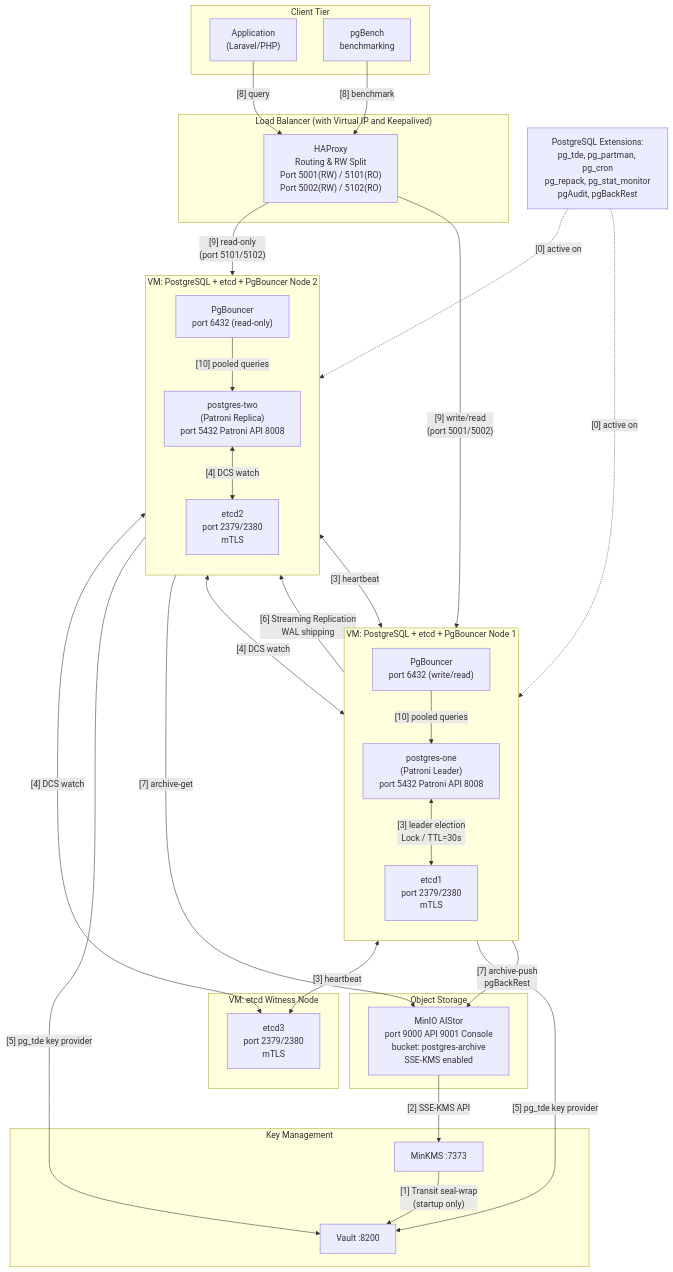
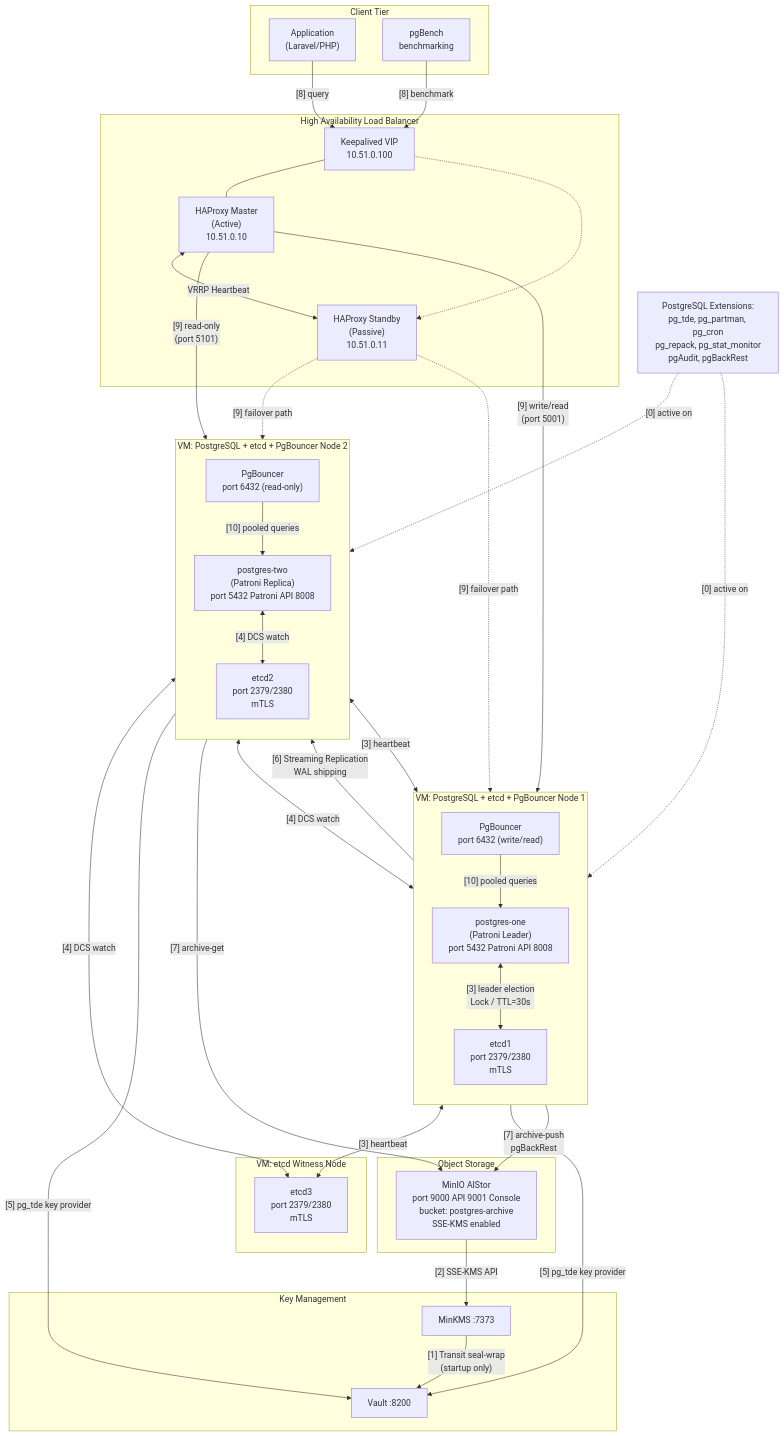
Before and after one commit to xdenistwn/patroni-postgres-tde: the diagram in docs/README.md, drawn with Mermaid. The commit also changed other lines of this file and 17 other files, not shown here.

Commit message:
feat: implement HAProxy high availability with Keepalived VIP and updated deployment orchestration

````diff
--- a/docs/README.md
+++ b/docs/README.md
@@ -9,68 +9,79 @@
 ```mermaid
 graph TD
     subgraph "Client Tier"
         APP["Application\n(Laravel/PHP)"]
         BENCH["pgBench\nbenchmarking"]
     end
 
-    subgraph "Load Balancer (with Virtual IP and Keepalived)"
-        HAPROXY["HAProxy\nRouting & RW Split\nPort 5001(RW) / 5101(RO)\nPort 5002(RW) / 5102(RO)"]
+    subgraph "High Availability Load Balancer"
+        VIP["Keepalived VIP\n10.51.0.100"]
+        HAM["HAProxy Master\n(Active)\n10.51.0.10"]
+        HAS["HAProxy Standby\n(Passive)\n10.51.0.11"]
+        
+        VIP --- HAM
+        VIP -.-> HAS
+        HAM <-->|"VRRP Heartbeat"| HAS
     end
 
     subgraph "VM: PostgreSQL + etcd + PgBouncer Node 1"
         direction TB
         PGB1["PgBouncer\nport 6432  (write/read)"]
         PG1["postgres-one\n(Patroni Leader)\nport 5432  Patroni API 8008"]
         E1["etcd1\nport 2379/2380\nmTLS"]
     end
 
     subgraph "VM: PostgreSQL + etcd + PgBouncer Node 2"
         direction TB
         PGB2["PgBouncer\nport 6432  (read-only)"]
         PG2["postgres-two\n(Patroni Replica)\nport 5432  Patroni API 8008"]
         E2["etcd2\nport 2379/2380\nmTLS"]
     end
 
     subgraph "VM: etcd Witness Node"
         E3["etcd3\nport 2379/2380\nmTLS"]
     end
 
     PG1 -- "[6] Streaming Replication\nWAL shipping" --> PG2
 
     subgraph "Key Management"
         VAULT["Vault :8200"]
         MINKMS["MinKMS :7373"]
     end
 
     subgraph "Object Storage"
         MINIO["MinIO AIStor\nport 9000 API  9001 Console\nbucket: postgres-archive\nSSE-KMS enabled"]
     end
 
     EXT["PostgreSQL Extensions:\npg_tde, pg_partman, pg_cron\npg_repack, pg_stat_monitor\npgAudit, pgBackRest"]
 
-    APP -->|"[8] query"| HAPROXY
-    BENCH -->|"[8] benchmark"| HAPROXY
-    HAPROXY -->|"[9] write/read\n(port 5001/5002)"| PGB1
-    HAPROXY -->|"[9] read-only\n(port 5101/5102)"| PGB2
+    APP -->|"[8] query"| VIP
+    BENCH -->|"[8] benchmark"| VIP
+    
+    HAM -->|"[9] write/read\n(port 5001)"| PGB1
+    HAM -->|"[9] read-only\n(port 5101)"| PGB2
+    
+    HAS -.->|"[9] failover path"| PGB1
+    HAS -.->|"[9] failover path"| PGB2
+
     PGB1 -->|"[10] pooled queries"| PG1
     PGB2 -->|"[10] pooled queries"| PG2
 
     PG1 <-->|"[3] leader election\nLock / TTL=30s"| E1
     PG1 <-->|"[3] heartbeat"| E2
     PG1 <-->|"[3] heartbeat"| E3
     PG2 <-->|"[4] DCS watch"| E1
     PG2 <-->|"[4] DCS watch"| E2
     PG2 <-->|"[4] DCS watch"| E3
 
     PG1 -->|"[5] pg_tde key provider"| VAULT
     PG2 -->|"[5] pg_tde key provider"| VAULT
 
     PG1 -->|"[7] archive-push\npgBackRest"| MINIO
     PG2 -->|"[7] archive-get"| MINIO
 
     MINIO -->|"[2] SSE-KMS API"| MINKMS
     MINKMS -->|"[1] Transit seal-wrap\n(startup only)"| VAULT
 
     EXT -.->|"[0] active on"| PG1
     EXT -.->|"[0] active on"| PG2
 ```
````
